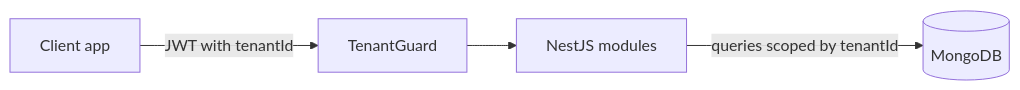
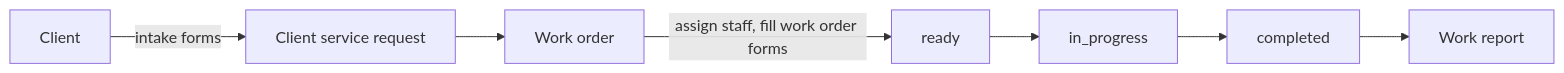
One commit to NandaFebian/nf-porto changed the diagram in content/projects/work-order-management.mdx. Above: the diagram before and after it, drawn with Mermaid. The commit also changed other lines of this file and 13 other files, not shown here.

````diff
--- a/content/projects/work-order-management.mdx
+++ b/content/projects/work-order-management.mdx
@@ -33,6 +32,9 @@
 ```mermaid
 flowchart LR
-  client[Client app] -->|JWT with tenantId| guard[TenantGuard]
-  guard --> api[NestJS modules]
-  api -->|queries scoped by tenantId| db[(MongoDB)]
+  client[Client] -->|intake forms| csr[Client service request]
+  csr --> wo[Work order]
+  wo -->|assign staff, fill work order forms| ready[ready]
+  ready --> progress[in_progress]
+  progress --> done[completed]
+  done --> report[Work report]
 ```
````
